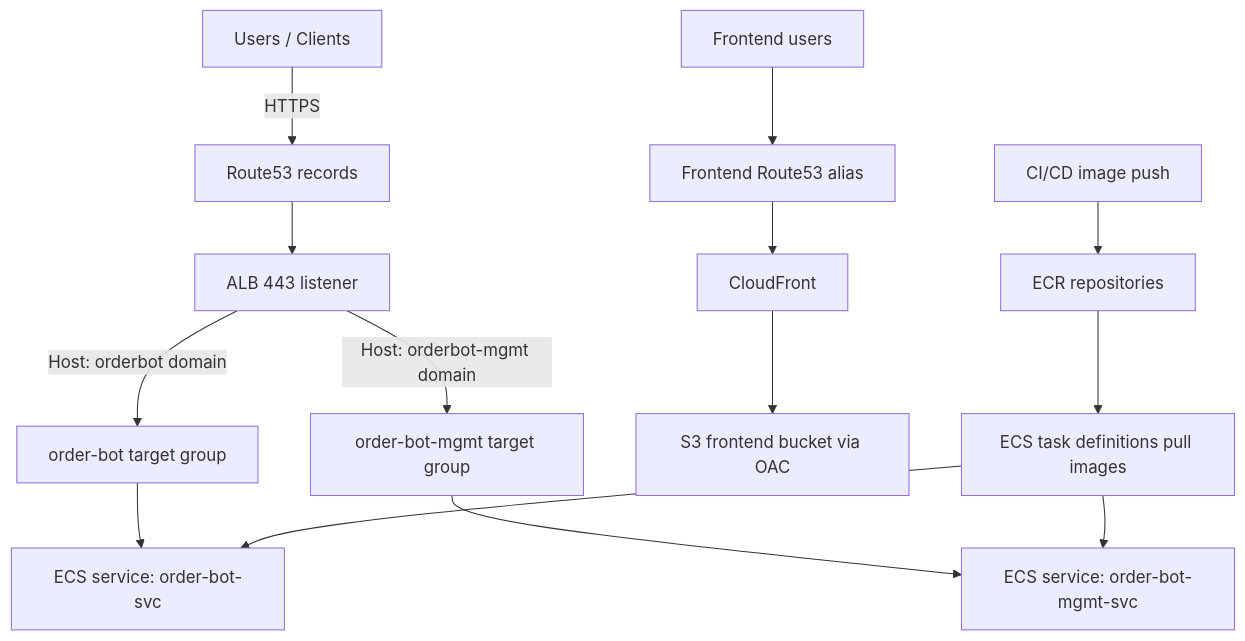
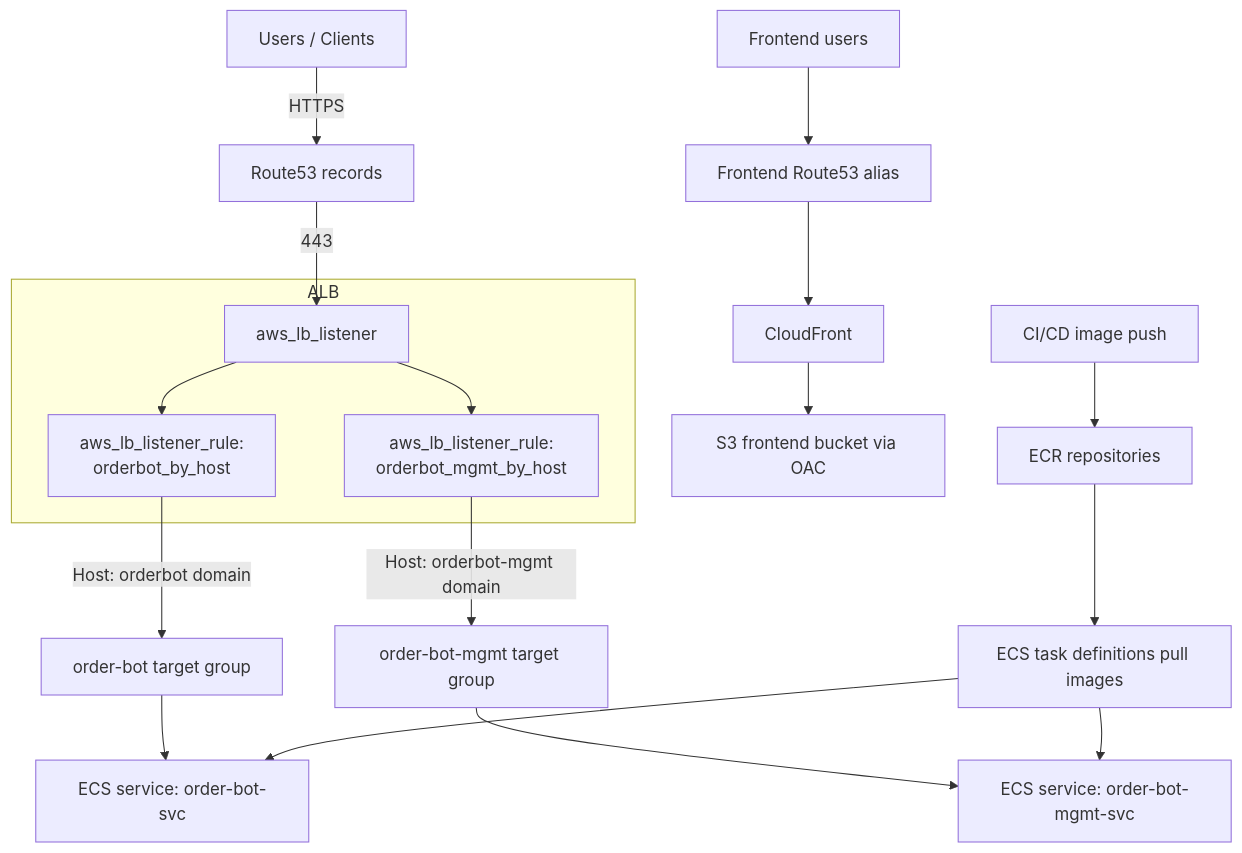
Before and after one commit to RockkLee/order-bot: the second of 2 diagrams in infra-terraform/docs/architecture.md, drawn with Mermaid.

Commit message:
Revise the architecture doc

````diff
--- a/infra-terraform/docs/architecture.md
+++ b/infra-terraform/docs/architecture.md
@@ -62,19 +62,23 @@
 ```mermaid
 flowchart TD
   B[Users / Clients] -->|HTTPS| C[Route53 records]
-  C --> D[ALB 443 listener]
-  D -->|Host: orderbot domain| E[order-bot target group]
-  D -->|Host: orderbot-mgmt domain| F[order-bot-mgmt target group]
+  C --443--> D[aws_lb_listener]
+  subgraph "ALB"
+    D
+    D --> D1[aws_lb_listener_rule:<br>orderbot_by_host]
+    D --> D2[aws_lb_listener_rule:<br>orderbot_mgmt_by_host]
+  end
+  D1 -->|Host: orderbot domain| E[order-bot target group]
+  D2 -->|Host: orderbot-mgmt domain| F[order-bot-mgmt target group]
   E --> G4[ECS service: order-bot-svc]
   F --> G5[ECS service: order-bot-mgmt-svc]
 
   H[Frontend users] --> I[Frontend Route53 alias]
   I --> J[CloudFront]
   J --> K[S3 frontend bucket via OAC]
 
   L[CI/CD image push] --> M[ECR repositories]
   M --> N[ECS task definitions pull images]
   N --> G4
   N --> G5
-
 ```
````
